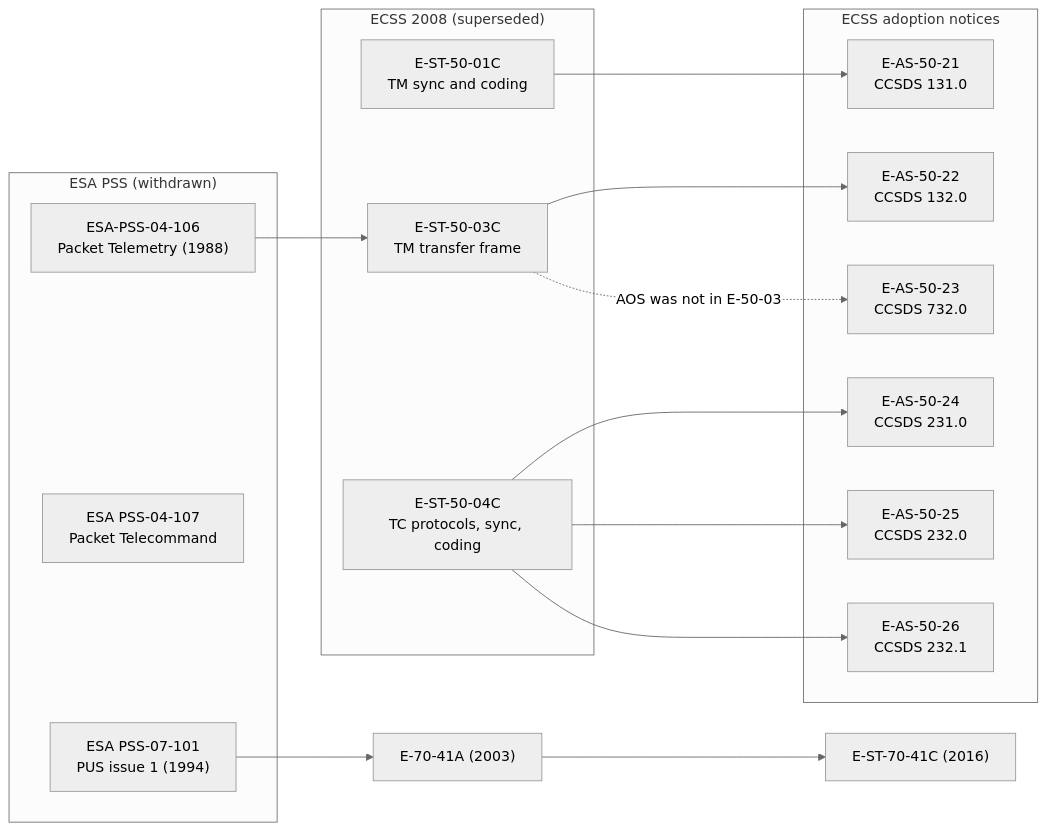
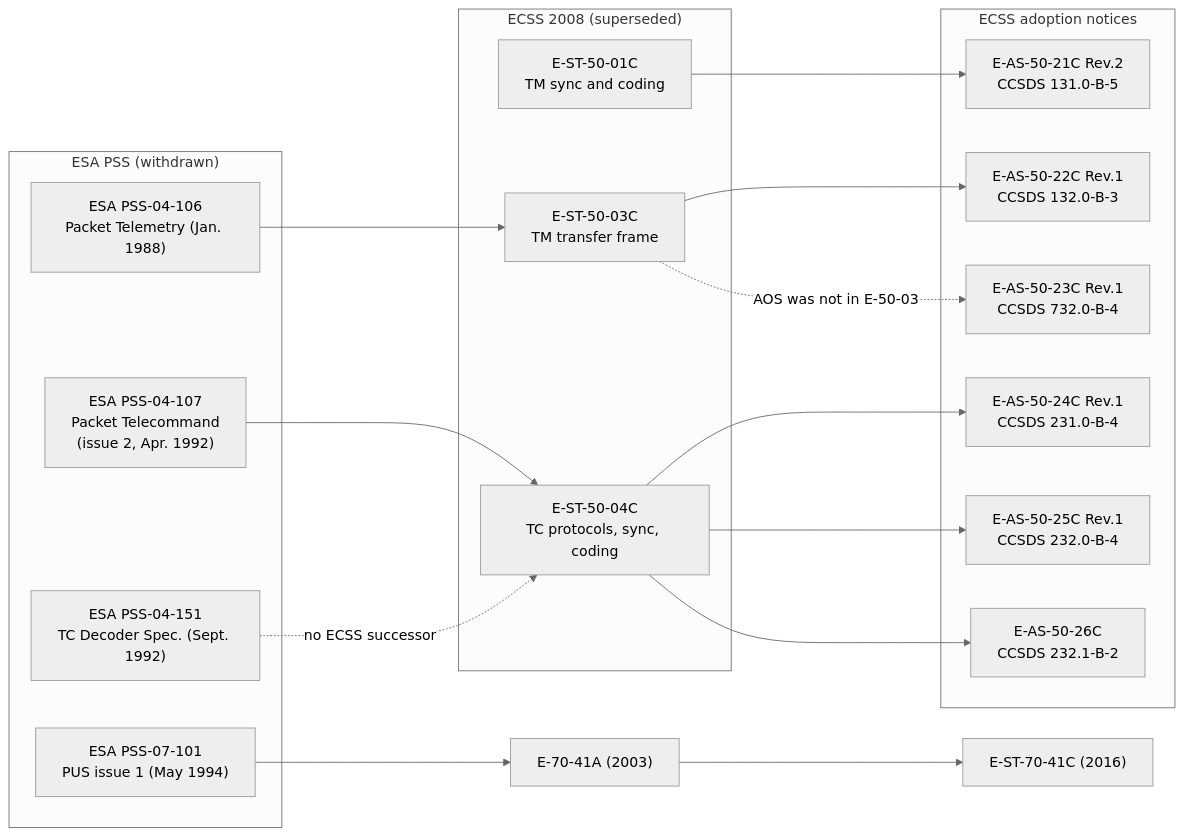
One commit to feiteira/OPEN-SPACE-INFO changed the third of 4 diagrams in docs/ecss/index.md. Above: the diagram before and after it, drawn with Mermaid (neutral theme). The commit also changed other lines of this file and 1311 other files, not shown here.

````diff
--- a/docs/ecss/index.md
+++ b/docs/ecss/index.md
@@ -161,29 +250,32 @@
 ```mermaid
 flowchart LR
     subgraph PSS["ESA PSS (withdrawn)"]
-        P106["ESA-PSS-04-106<br/>Packet Telemetry (1988)"]
-        P107["ESA PSS-04-107<br/>Packet Telecommand"]
-        P101["ESA PSS-07-101<br/>PUS issue 1 (1994)"]
+        P106["ESA PSS-04-106<br/>Packet Telemetry (Jan. 1988)"]
+        P107["ESA PSS-04-107<br/>Packet Telecommand<br/>(issue 2, Apr. 1992)"]
+        P151["ESA PSS-04-151<br/>TC Decoder Spec. (Sept. 1992)"]
+        P101["ESA PSS-07-101<br/>PUS issue 1 (May 1994)"]
     end
     subgraph E2008["ECSS 2008 (superseded)"]
         E01["E-ST-50-01C<br/>TM sync and coding"]
         E03["E-ST-50-03C<br/>TM transfer frame"]
         E04["E-ST-50-04C<br/>TC protocols, sync, coding"]
     end
     subgraph AS["ECSS adoption notices"]
-        A21["E-AS-50-21<br/>CCSDS 131.0"]
-        A22["E-AS-50-22<br/>CCSDS 132.0"]
-        A23["E-AS-50-23<br/>CCSDS 732.0"]
-        A24["E-AS-50-24<br/>CCSDS 231.0"]
-        A25["E-AS-50-25<br/>CCSDS 232.0"]
-        A26["E-AS-50-26<br/>CCSDS 232.1"]
+        A21["E-AS-50-21C Rev.2<br/>CCSDS 131.0-B-5"]
+        A22["E-AS-50-22C Rev.1<br/>CCSDS 132.0-B-3"]
+        A23["E-AS-50-23C Rev.1<br/>CCSDS 732.0-B-4"]
+        A24["E-AS-50-24C Rev.1<br/>CCSDS 231.0-B-4"]
+        A25["E-AS-50-25C Rev.1<br/>CCSDS 232.0-B-4"]
+        A26["E-AS-50-26C<br/>CCSDS 232.1-B-2"]
     end
     P106 --> E03
+    P107 --> E04
+    P151 -.->|"no ECSS successor"| E04
     E01 --> A21
     E03 --> A22
     E03 -.->|"AOS was not in E-50-03"| A23
     E04 --> A24
     E04 --> A25
     E04 --> A26
     P101 --> PUSA["E-70-41A (2003)"] --> PUSC["E-ST-70-41C (2016)"]
 ```
````
